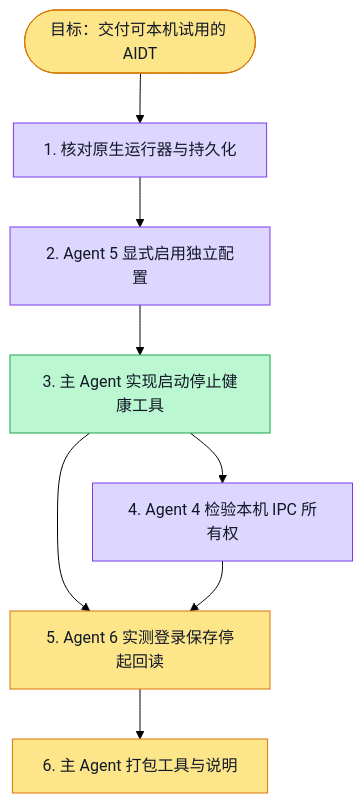
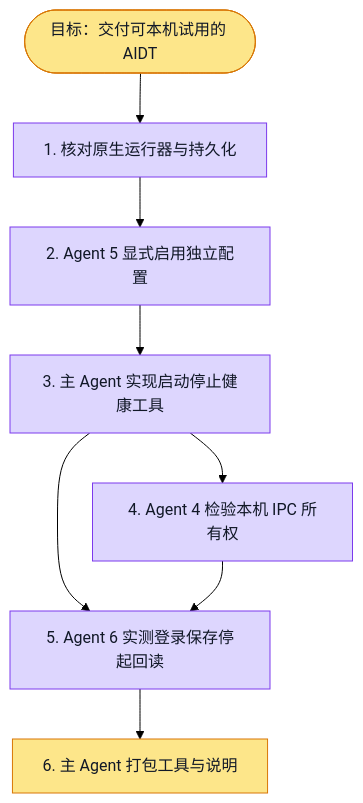
The diagram in docs/evidence/aidt-native/module-isolation/local-runtime/execution.plan.md (boardx/workspacex), drawn with Mermaid (forest theme) before and after one commit. The commit also changed 25 other files, not shown here.

Commit message:
test(aidt): verify native local persistence across two start stop cycles

````diff
--- a/docs/evidence/aidt-native/module-isolation/local-runtime/execution.plan.md
+++ b/docs/evidence/aidt-native/module-isolation/local-runtime/execution.plan.md
@@ -5,27 +5,29 @@
 ```mermaid
 flowchart TD
   G([目标：交付可本机试用的 AIDT])
   S1[1. 核对原生运行器与持久化]
   S2[2. Agent 5 显式启用独立配置]
   S3[3. 主 Agent 实现启动停止健康工具]
   S4[4. Agent 4 检验本机 IPC 所有权]
   S5[5. Agent 6 实测登录保存停起回读]
   S6[6. 主 Agent 打包工具与说明]
   G --> S1 --> S2 --> S3 --> S5 --> S6
   S3 --> S4 --> S5
   classDef todo fill:#e5e7eb,stroke:#6b7280,color:#111827
   classDef doing fill:#fde68a,stroke:#d97706,color:#111827
   classDef done fill:#bbf7d0,stroke:#16a34a,color:#111827
   classDef tested fill:#ddd6fe,stroke:#7c3aed,color:#111827
   classDef blocked fill:#fecaca,stroke:#dc2626,color:#111827
   class G doing
   class S1 tested
   class S2 tested
-  class S3 done
+  class S3 tested
+  %% evidence S3: CLI lifecycle3 + real IPC15 and typecheck passed; native full save-stop-restart acceptance remains S5
   class S4 tested
-  class S5 doing
+  class S5 tested
+  %% evidence S5: actual native Playwright attempt-3 expected1 skipped0 unexpected0 flaky0; same data directory and new browser login precise stage/message readback, two successful stops
   class S6 doing
   %% evidence S1: backend-profile.md records actual PGlite migrations and durable reopen.
   %% evidence S2: backend-profile.md records 27 configuration tests and default-off checks.
   %% evidence S4: test/aidt-local-lifecycle.test.ts has 13 passing Linux IPC checks.
 ```
````
